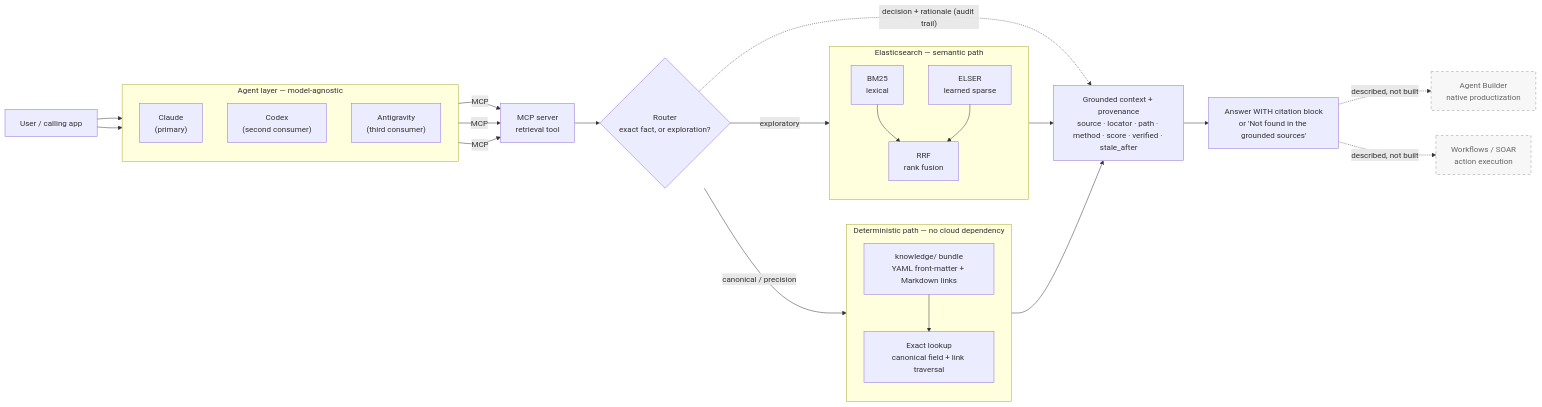
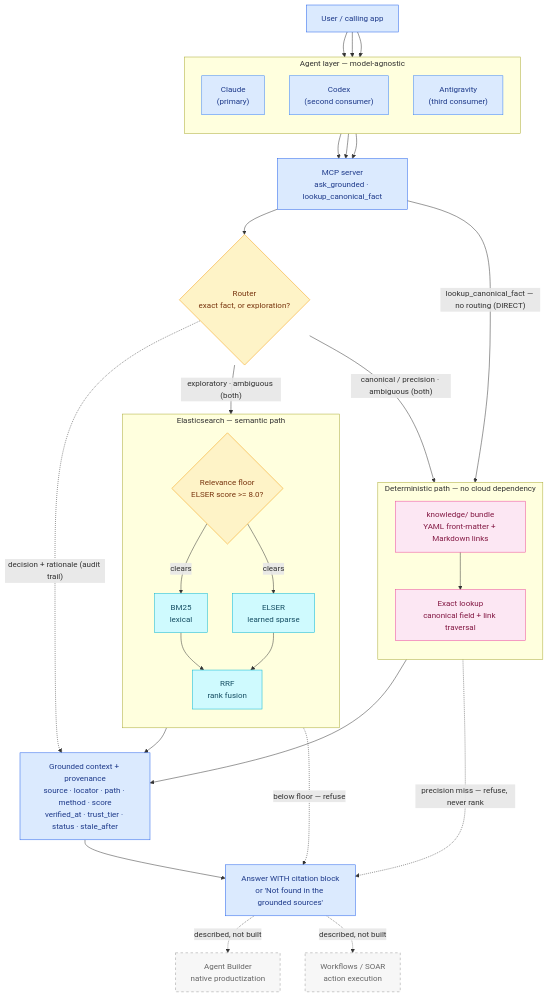
One commit to cdevarenne/grounded-context changed the diagram in docs/architecture.mmd. Above: the diagram before and after it, drawn with Mermaid. The commit also changed 6 other files, not shown here.

First line of the commit message:
Render the architecture diagram from its source, and correct it

```diff
--- a/docs/architecture.mmd
+++ b/docs/architecture.mmd
@@ -1,57 +1,85 @@
 %% Grounded Context Layer — reference architecture
-%% Left-to-right request path. Two consumers prove model-agnosticism via one MCP tool.
-%% The router sends exact facts to the deterministic path and exploration to Elasticsearch;
-%% on ambiguity it queries BOTH and lets the exact hit win.
+%% Top-to-bottom request path. Three consumers prove model-agnosticism via one MCP server.
+%% Router: exact facts go to the deterministic path, exploration to Elasticsearch. An ambiguous
+%% or cross-entity question queries BOTH and prefers the exact hit. But a PRECISION question the
+%% bundle cannot answer refuses, and does not fall back to ranking (`service._merge`). A curation
+%% gap is not an invitation to rank. That refusal is the thesis, not an edge case.
+%% Semantic path: the ELSER score is probed before fusion. Below RELEVANCE_FLOOR (8.0) the search
+%% returns nothing, and the empty result becomes the refusal (`semantic.search`).
+%% `lookup_canonical_fact` names its entity and field outright, so no router runs. Telemetry
+%% records that route as DIRECT.
 %% Agent Builder and Workflows/SOAR are described, not built (dashed).
-flowchart LR
+%% This file is the source. `grounded-context-diagram.png` is rendered from it and is the image
+%% the README shows. Regenerate it after any edit here, or tests/test_diagram.py fails:
+%%   npx @mermaid-js/mermaid-cli -i docs/architecture.mmd -c docs/mermaid-render.json \
+%%     -o docs/grounded-context-diagram.png -w 1800 -s 2 -b white
+%% See docs/maintenance.md.
+flowchart TB
     U["User / calling app"]
 
     subgraph AGENT["Agent layer — model-agnostic"]
         direction TB
         CL["Claude<br/>(primary)"]
         CX["Codex<br/>(second consumer)"]
         AV["Antigravity<br/>(third consumer)"]
     end
 
-    M["MCP server<br/>retrieval tool"]
+    M["MCP server<br/>ask_grounded · lookup_canonical_fact"]
     R{"Router<br/>exact fact, or exploration?"}
 
     subgraph DET["Deterministic path — no cloud dependency"]
         direction TB
         KB["knowledge/ bundle<br/>YAML front-matter + Markdown links"]
         LK["Exact lookup<br/>canonical field + link traversal"]
         KB --> LK
     end
 
     subgraph ES["Elasticsearch — semantic path"]
         direction TB
+        FL{"Relevance floor<br/>ELSER score >= 8.0?"}
         BM["BM25<br/>lexical"]
         EL["ELSER<br/>learned sparse"]
         HF["RRF<br/>rank fusion"]
+        FL -->|clears| BM
+        FL -->|clears| EL
         BM --> HF
         EL --> HF
     end
 
-    G["Grounded context + provenance<br/>source · locator · path · method · score · verified · stale_after"]
+    G["Grounded context + provenance<br/>source · locator · path · method · score<br/>verified_at · trust_tier · status · stale_after"]
     A["Answer WITH citation block<br/>or 'Not found in the grounded sources'"]
 
     AB["Agent Builder<br/>native productization"]
     WF["Workflows / SOAR<br/>action execution"]
 
     U --> CL
+    U --> CX
     U --> AV
-    CL -->|MCP| M
-    CX -->|MCP| M
-    AV -->|MCP| M
+    CL --> M
+    CX --> M
+    AV --> M
     M --> R
-    R -->|"canonical / precision"| DET
-    R -->|"exploratory"| ES
+    M -->|"lookup_canonical_fact — no routing (DIRECT)"| KB
+    R -->|"canonical / precision · ambiguous (both)"| KB
+    R -->|"exploratory · ambiguous (both)"| FL
     LK --> G
     HF --> G
     R -.->|"decision + rationale (audit trail)"| G
+    LK -.->|"precision miss — refuse, never rank"| A
+    FL -.->|"below floor — refuse"| A
     G --> A
     A -.->|described, not built| AB
     A -.->|described, not built| WF
 
+    classDef agent fill:#dbeafe,stroke:#3b82f6,color:#1e3a8a;
+    classDef det fill:#fce7f3,stroke:#ec4899,color:#831843;
+    classDef sem fill:#cffafe,stroke:#06b6d4,color:#164e63;
+    classDef gate fill:#fef3c7,stroke:#f59e0b,color:#78350f;
+    classDef out fill:#dbeafe,stroke:#2563eb,color:#1e3a8a;
     classDef notbuilt fill:#f7f7f7,stroke:#999,stroke-dasharray:5 5,color:#666;
+    class CL,CX,AV agent;
+    class KB,LK det;
+    class BM,EL,HF sem;
+    class R,FL gate;
+    class U,M,G,A out;
     class AB,WF notbuilt;
```
